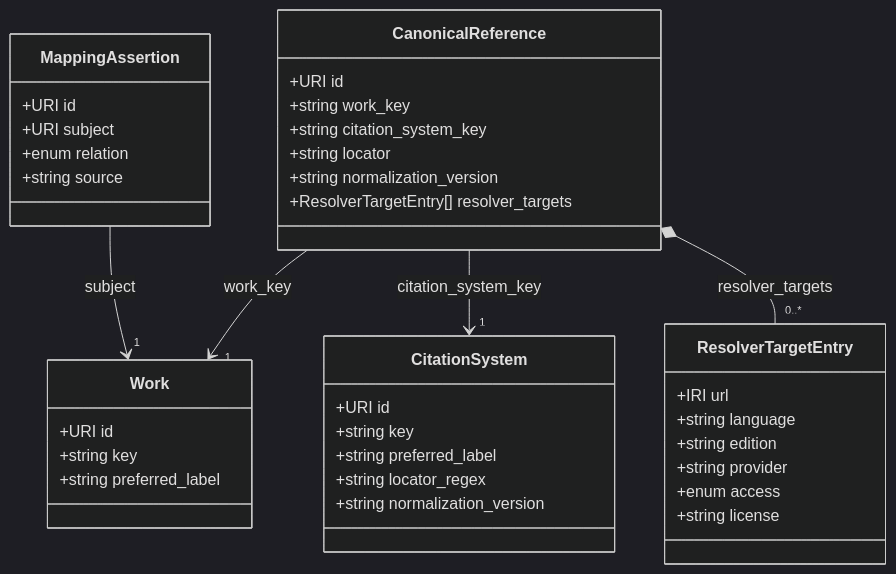
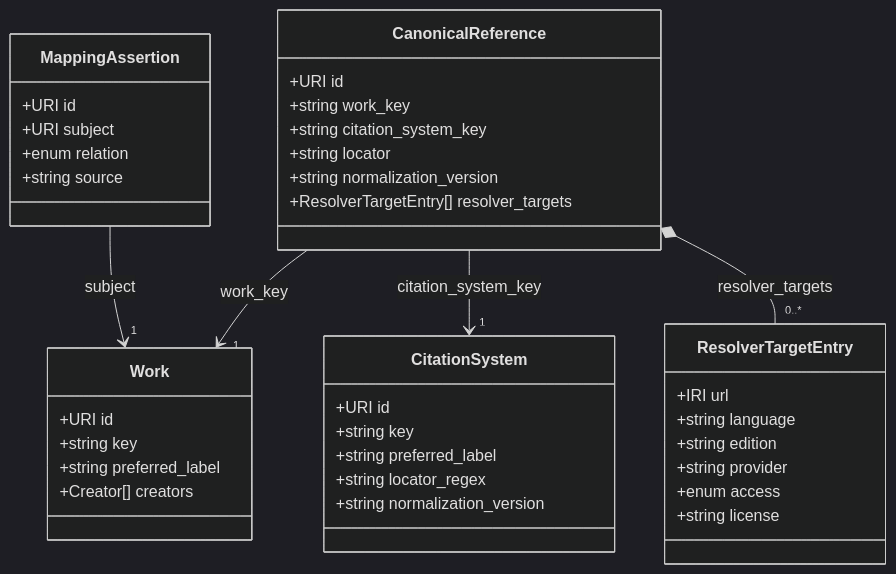
The diagram in src/content/docs/standard/specification.md (textrefs/textrefs.org), drawn with Mermaid (dark theme) before and after one commit. The commit also changed other lines of this file and 9 other files, not shown here.

````diff
--- a/src/content/docs/standard/specification.md
+++ b/src/content/docs/standard/specification.md
@@ -65,41 +65,42 @@
 ```mermaid
 classDiagram
     class Work {
         +URI id
         +string key
         +string preferred_label
+        +Creator[] creators
     }
     class CitationSystem {
         +URI id
         +string key
         +string preferred_label
         +string locator_regex
         +string normalization_version
     }
     class CanonicalReference {
         +URI id
         +string work_key
         +string citation_system_key
         +string locator
         +string normalization_version
         +ResolverTargetEntry[] resolver_targets
     }
     class ResolverTargetEntry {
         +IRI url
         +string language
         +string edition
         +string provider
         +enum access
         +string license
     }
     class MappingAssertion {
         +URI id
         +URI subject
         +enum relation
         +string source
     }
     CanonicalReference --> "1" Work : work_key
     CanonicalReference --> "1" CitationSystem : citation_system_key
     CanonicalReference *-- "0..*" ResolverTargetEntry : resolver_targets
     MappingAssertion --> "1" Work : subject
 ```
````
